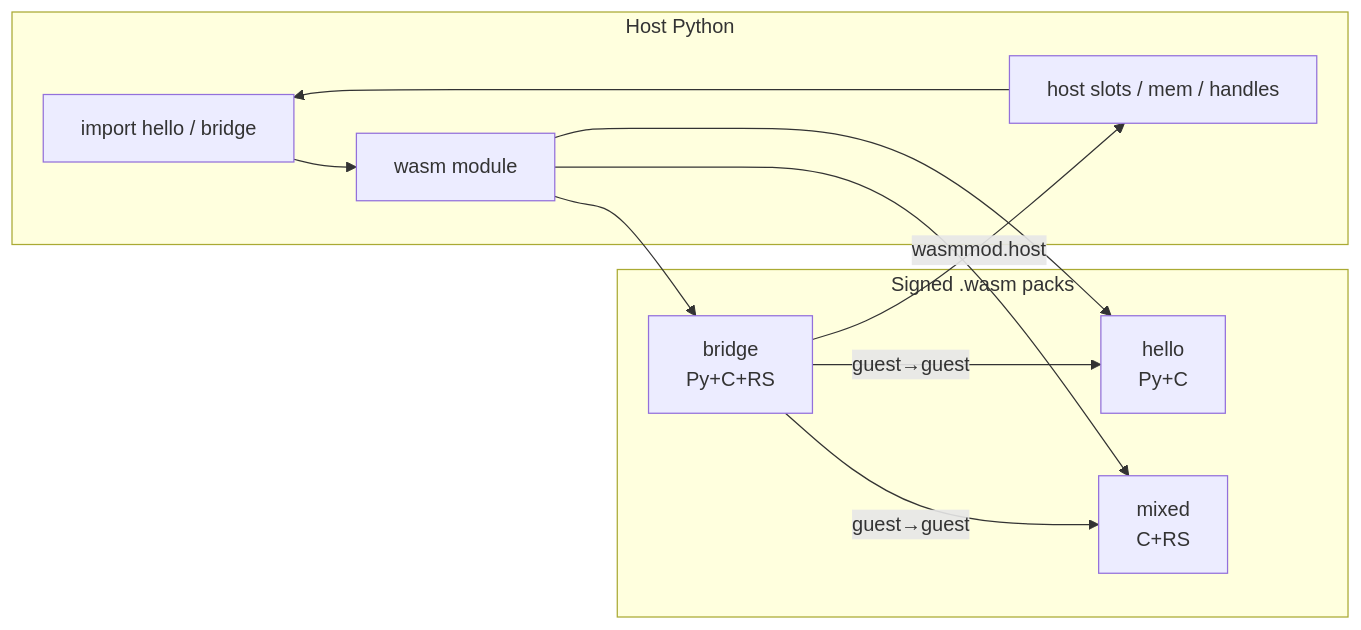
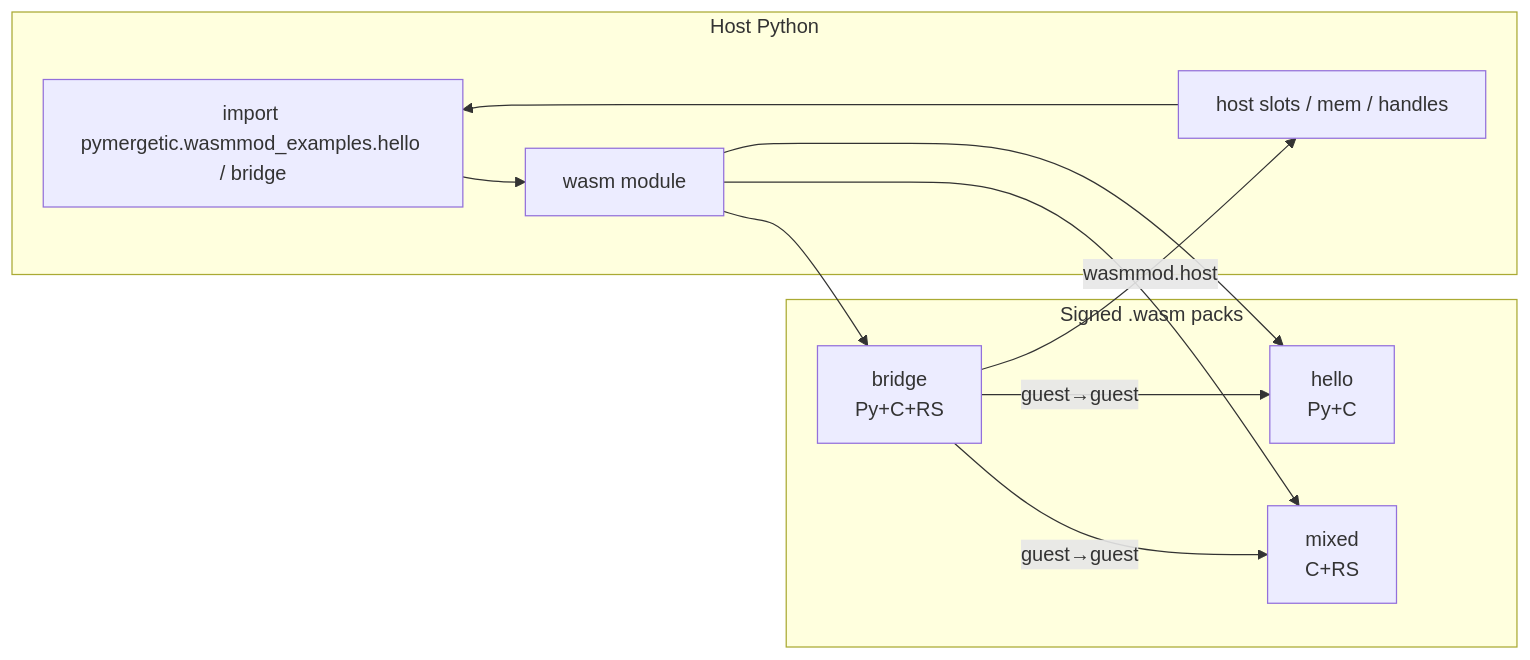
The diagram in README.md (pymergetic-wasmmod/wasmmod), drawn with Mermaid before and after one commit. The commit also changed other lines of this file and 199 other files, not shown here.

````diff
--- a/README.md
+++ b/README.md
@@ -240,21 +241,21 @@
 ```mermaid
 flowchart LR
   subgraph host [Host Python]
-    PY[import hello / bridge]
+    PY[import pymergetic.wasmmod_examples.hello / bridge]
     WM[wasm module]
     HS[host slots / mem / handles]
   end
   subgraph packs [Signed .wasm packs]
     H[hello<br/>Py+C]
     M[mixed<br/>C+RS]
     B[bridge<br/>Py+C+RS]
   end
   PY --> WM
   WM --> H
   WM --> M
   WM --> B
   B -->|guest→guest| H
   B -->|guest→guest| M
   B -->|wasmmod.host| HS
   HS --> PY
 ```
````
